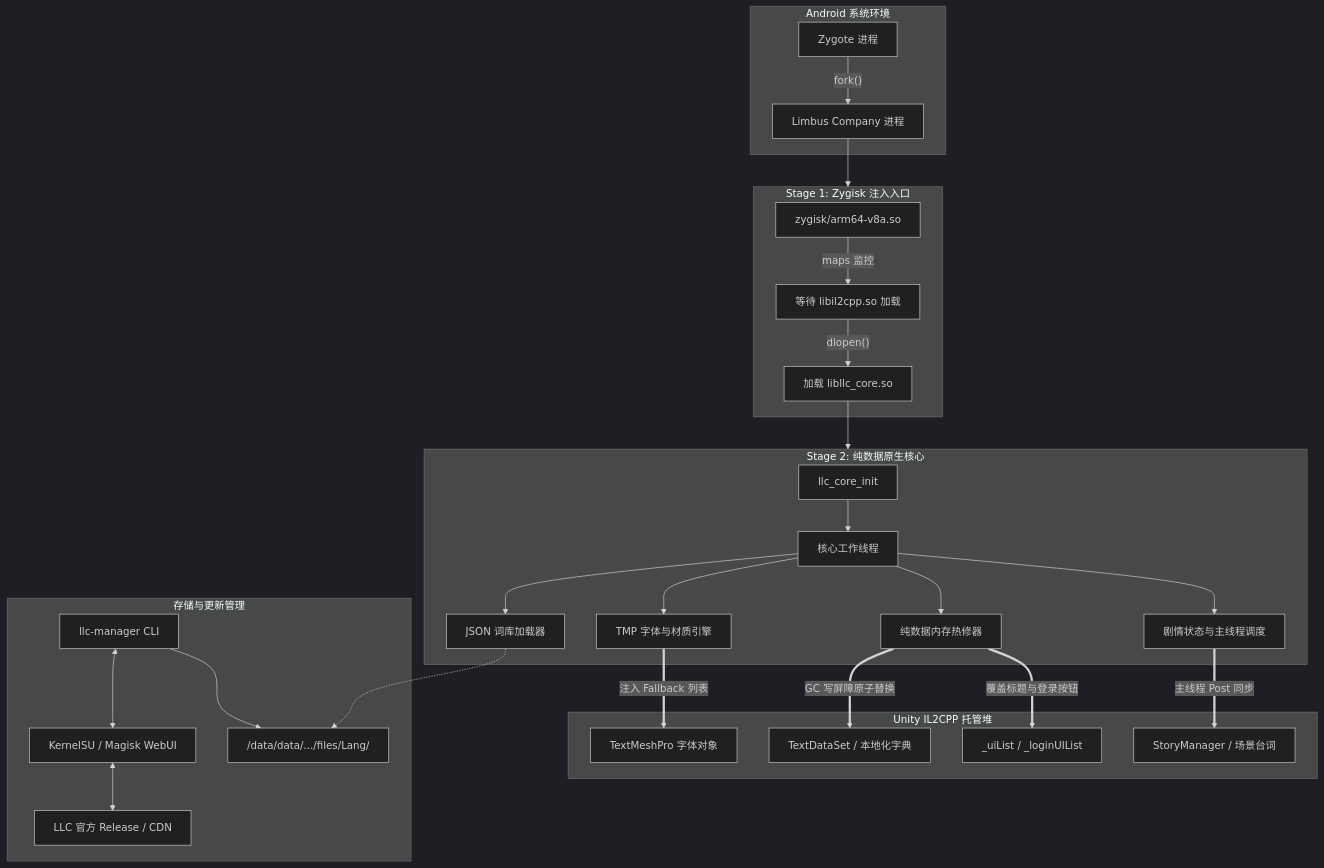
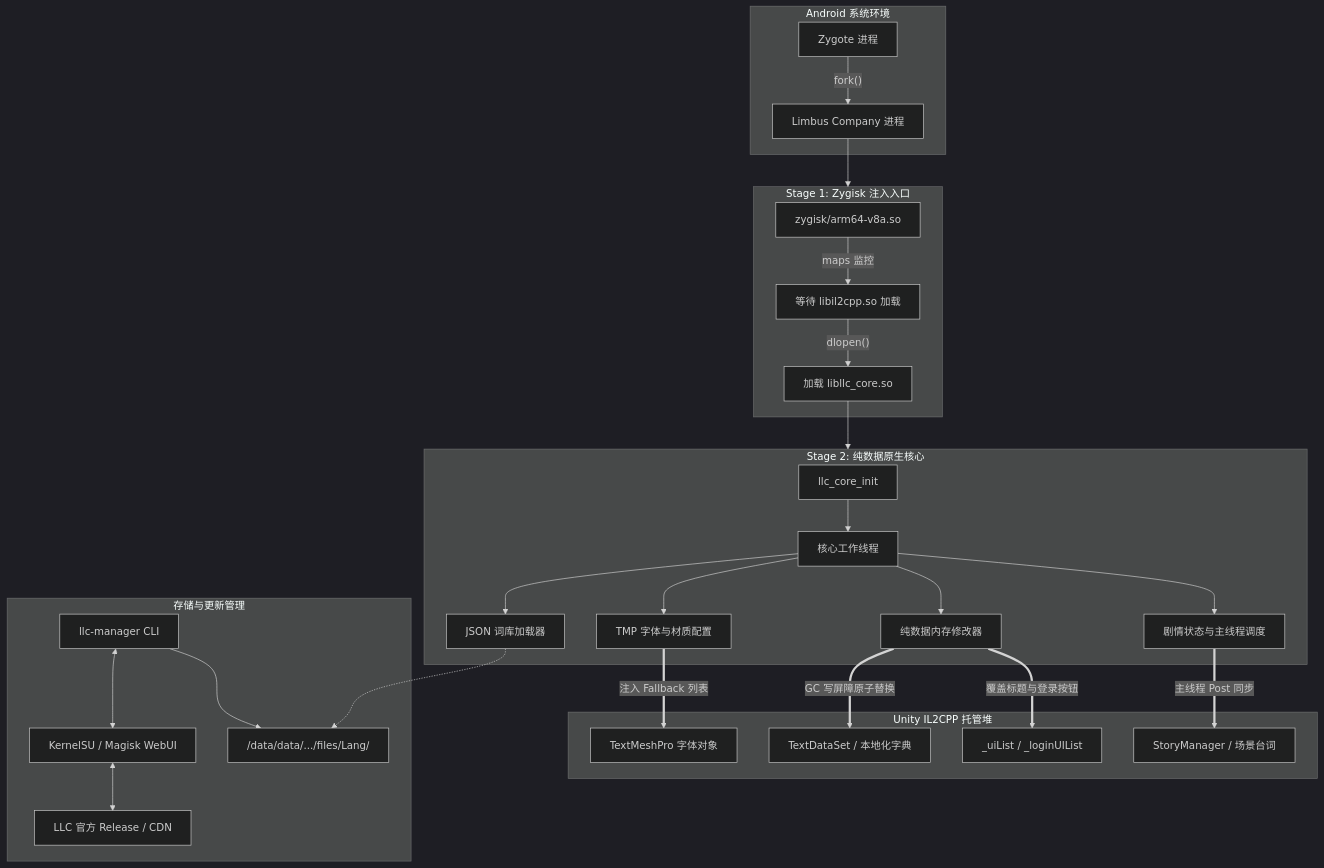
One commit to Linoleic/LLC-Zygisk-Localizer changed the diagram in README.md. Above: the diagram before and after it, drawn with Mermaid (dark theme). The commit also changed other lines of this file and 1 other file, not shown here.

````diff
--- a/README.md
+++ b/README.md
@@ -44,40 +44,40 @@
 ```mermaid
 flowchart TD
     subgraph System["Android 系统环境"]
         Zygote["Zygote 进程"] -->|"fork()"| App["Limbus Company 进程"]
     end
 
     subgraph Stage1["Stage 1: Zygisk 注入入口"]
         Arm64["zygisk/arm64-v8a.so"] -->|"maps 监控"| WaitIl2cpp["等待 libil2cpp.so 加载"]
         WaitIl2cpp -->|"dlopen()"| LoadStage2["加载 libllc_core.so"]
     end
 
     subgraph Stage2["Stage 2: 纯数据原生核心"]
         CoreInit["llc_core_init"] --> Worker["核心工作线程"]
         Worker --> JsonLoader["JSON 词库加载器"]
-        Worker --> FontEngine["TMP 字体与材质引擎"]
-        Worker --> Patcher["纯数据内存热修器"]
+        Worker --> FontEngine["TMP 字体与材质配置"]
+        Worker --> Patcher["纯数据内存修改器"]
         Worker --> StoryEngine["剧情状态与主线程调度"]
     end
 
     subgraph GameHeap["Unity IL2CPP 托管堆"]
         TDS["TextDataSet / 本地化字典"]
         Fonts["TextMeshPro 字体对象"]
         UIList["_uiList / _loginUIList"]
         Story["StoryManager / 场景台词"]
     end
 
     subgraph Storage["存储与更新管理"]
         Manager["llc-manager CLI"] <--> WebUI["KernelSU / Magisk WebUI"]
         WebUI <--> Remote["LLC 官方 Release / CDN"]
         Manager --> LocalPacks["/data/data/.../files/Lang/"]
     end
 
     App --> Stage1
     LoadStage2 --> Stage2
     JsonLoader -.-> LocalPacks
     Patcher ==>|"GC 写屏障原子替换"| TDS
     Patcher ==>|"覆盖标题与登录按钮"| UIList
     FontEngine ==>|"注入 Fallback 列表"| Fonts
     StoryEngine ==>|"主线程 Post 同步"| Story
 ```
````
